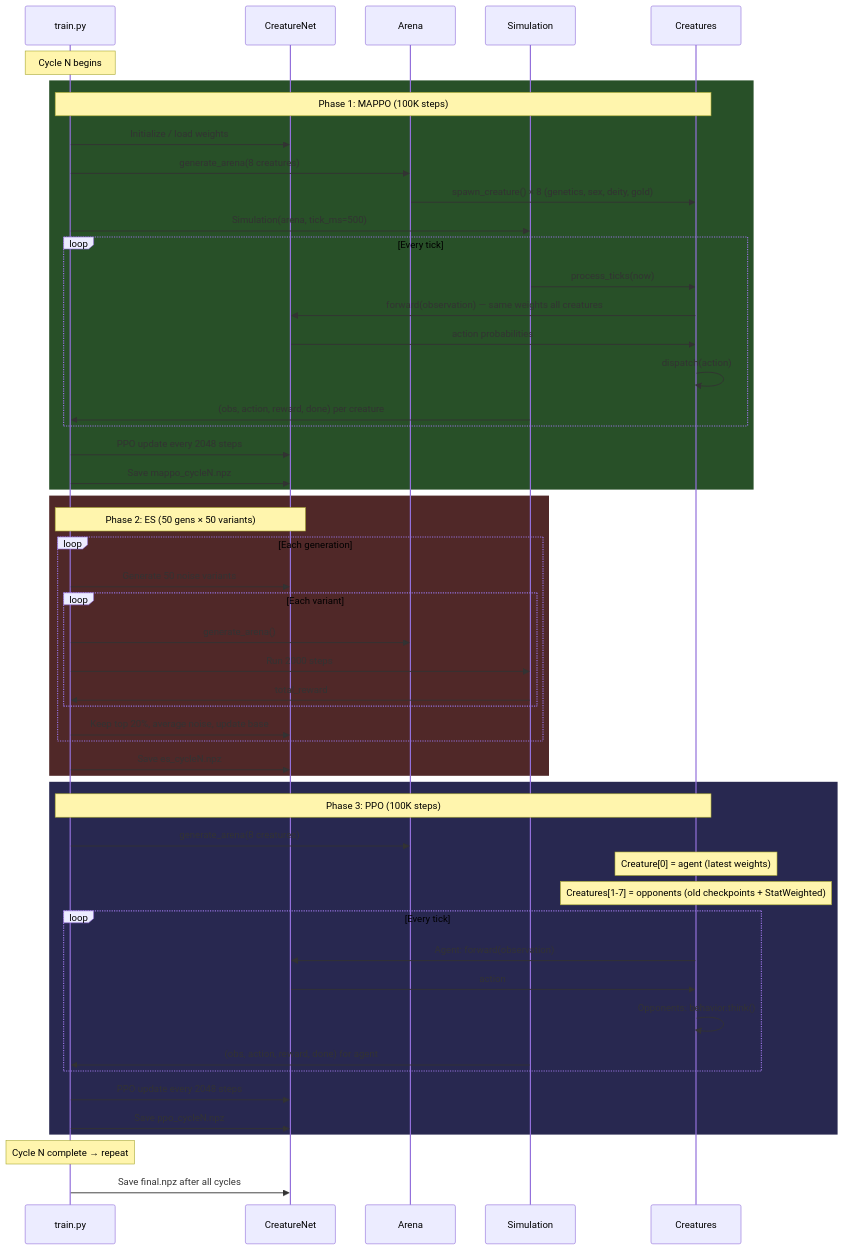
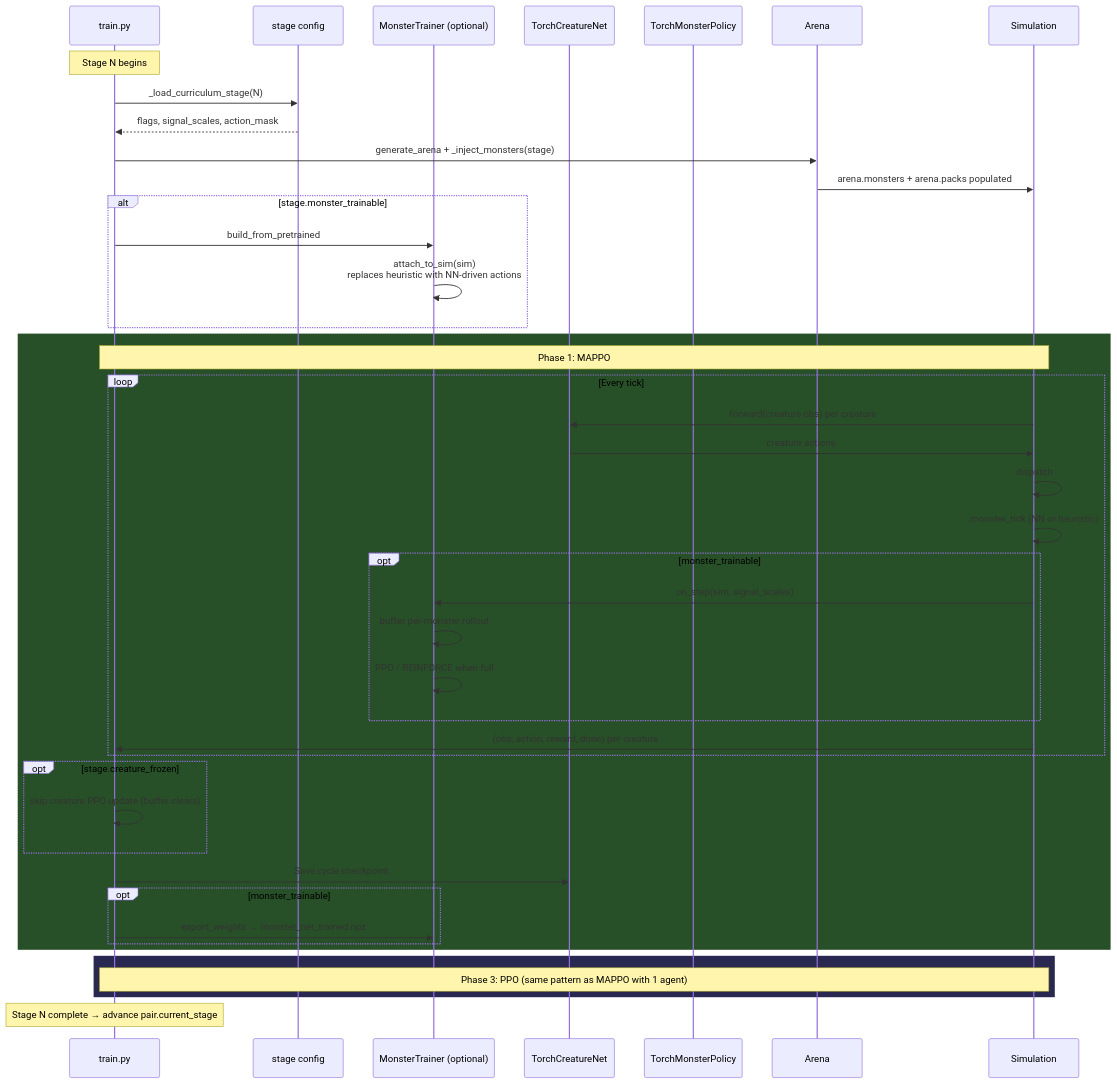
The third of 5 diagrams in docs/ERDs/rl_pipeline.md (JOL11235813213455/game), drawn with Mermaid before and after one commit. The commit also changed other lines of this file and 5 other files, not shown here.

First line of the commit message:
ERD updates for monster/pack feature

````diff
--- a/docs/ERDs/rl_pipeline.md
+++ b/docs/ERDs/rl_pipeline.md
@@ -87,59 +124,51 @@
 ```mermaid
 sequenceDiagram
     participant T as train.py
-    participant N as CreatureNet
+    participant STAGE as stage config
+    participant MT as MonsterTrainer (optional)
+    participant N as TorchCreatureNet
+    participant MN as TorchMonsterPolicy
     participant A as Arena
     participant S as Simulation
-    participant C as Creatures
 
-    Note over T: Cycle N begins
+    Note over T: Stage N begins
+    T->>STAGE: _load_curriculum_stage(N)
+    STAGE-->>T: flags, signal_scales, action_mask
+
+    T->>A: generate_arena + _inject_monsters(stage)
+    A->>S: arena.monsters + arena.packs populated
+
+    alt stage.monster_trainable
+        T->>MT: build_from_pretrained
+        MT->>MT: attach_to_sim(sim)<br/>replaces heuristic with NN-driven actions
+    end
 
     rect rgb(40, 80, 40)
-        Note over T,C: Phase 1: MAPPO (100K steps)
-        T->>N: Initialize / load weights
-        T->>A: generate_arena(8 creatures)
-        A->>C: spawn_creature() × 8 (genetics, sex, deity, gold)
-        T->>S: Simulation(arena, tick_ms=500)
+        Note over T,S: Phase 1: MAPPO
         loop Every tick
-            S->>C: process_ticks(now)
-            C->>N: forward(observation) — same weights all creatures
-            N->>C: action probabilities
-            C->>C: dispatch(action)
+            S->>N: forward(creature obs) per creature
+            N->>S: creature actions
+            S->>S: dispatch
+            S->>S: monster_tick (NN or heuristic)
+            opt monster_trainable
+                S->>MT: on_step(sim, signal_scales)
+                MT->>MT: buffer per-monster rollout
+                MT->>MT: PPO / REINFORCE when full
+            end
             S->>T: (obs, action, reward, done) per creature
         end
-        T->>N: PPO update every 2048 steps
-        T->>N: Save mappo_cycleN.npz
-    end
-
-    rect rgb(80, 40, 40)
-        Note over T,N: Phase 2: ES (50 gens × 50 variants)
-        loop Each generation
-            T->>N: Generate 50 noise variants
-            loop Each variant
-                T->>A: generate_arena()
-                T->>S: Run 2000 steps
-                S->>T: total_reward
-            end
-            T->>N: Keep top 20%, average noise, update base
+        opt stage.creature_frozen
+            T->>T: skip creature PPO update (buffer clears)
         end
-        T->>N: Save es_cycleN.npz
+        T->>N: Save cycle checkpoint
+        opt monster_trainable
+            T->>MT: export_weights → monster_net_trained.npz
+        end
     end
 
     rect rgb(40, 40, 80)
-        Note over T,C: Phase 3: PPO (100K steps)
-        T->>A: generate_arena(8 creatures)
-        Note over C: Creature[0] = agent (latest weights)
-        Note over C: Creatures[1-7] = opponents (old checkpoints + StatWeighted)
-        loop Every tick
-            C->>N: Agent: forward(observation)
-            N->>C: action
-            C->>C: Opponents: behavior.think()
-            S->>T: (obs, action, reward, done) for agent
-        end
-        T->>N: PPO update every 2048 steps
-        T->>N: Save ppo_cycleN.npz
+        Note over T,S: Phase 3: PPO (same pattern as MAPPO with 1 agent)
     end
 
-    Note over T: Cycle N complete → repeat
-    T->>N: Save final.npz after all cycles
+    Note over T: Stage N complete → advance pair.current_stage
 ```
````
